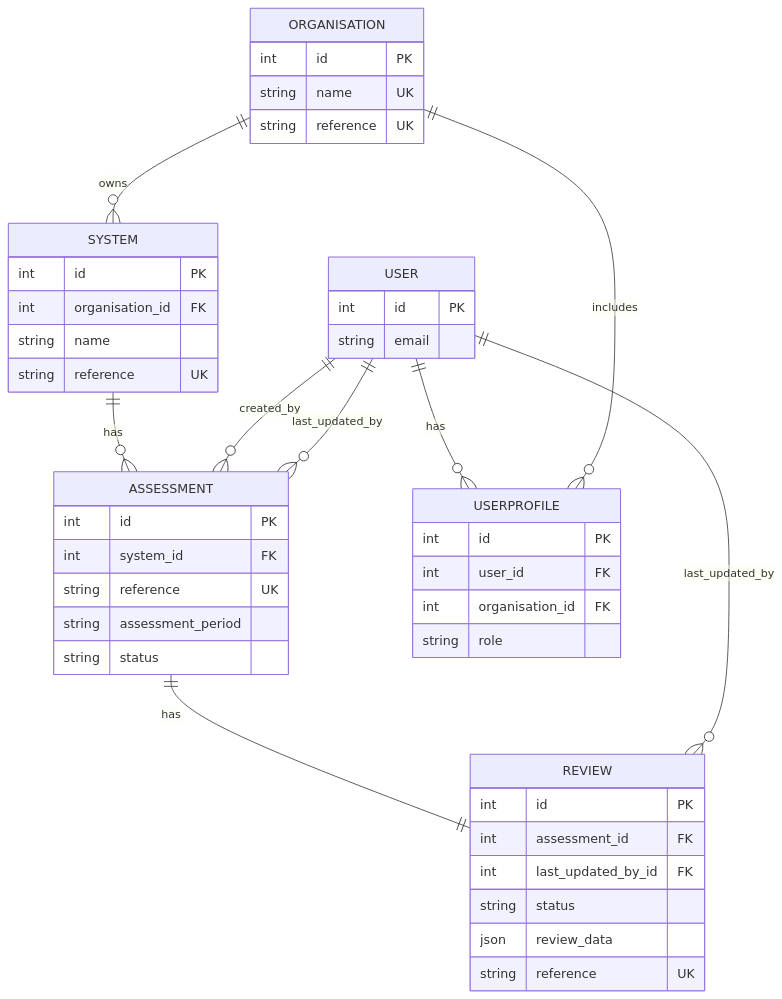
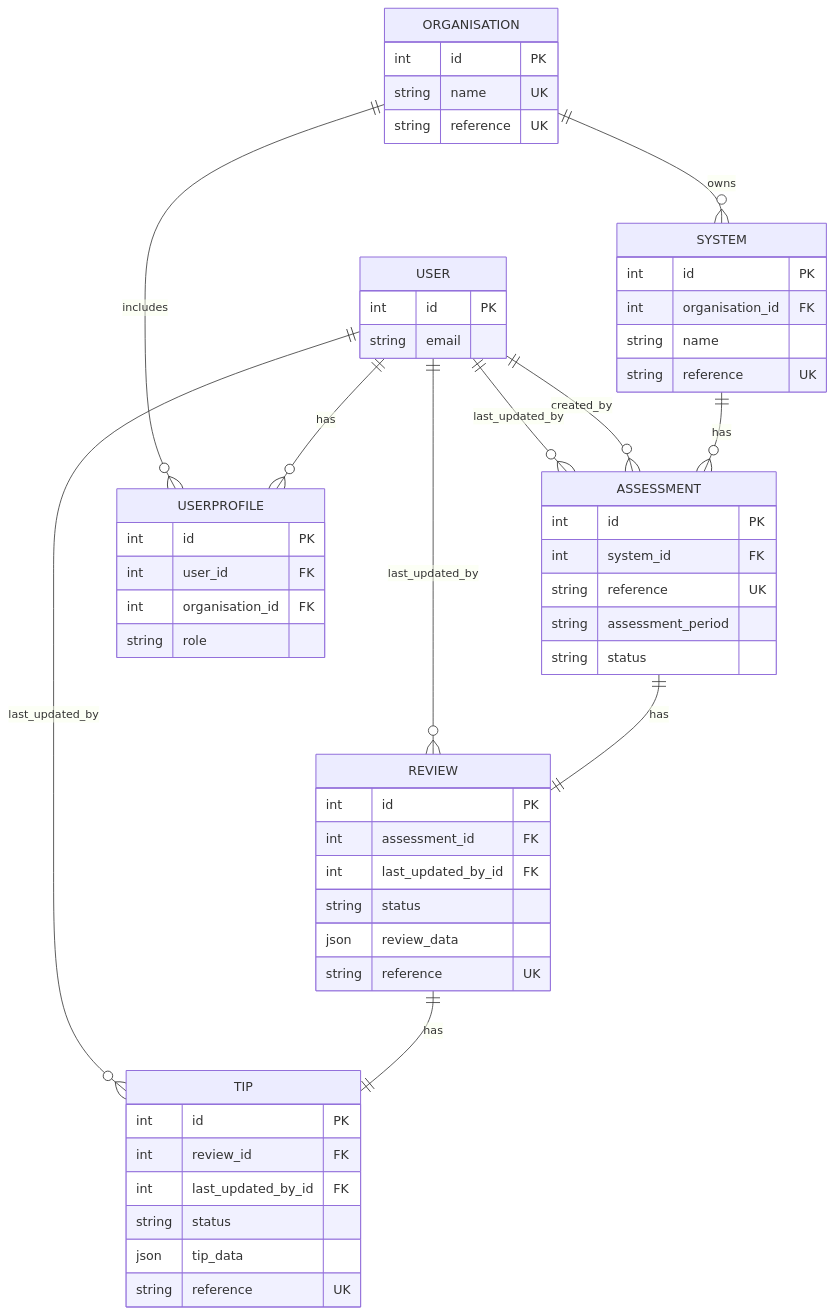
The second of 2 diagrams in docs/DESIGN_DIAGRAM.md (co-cddo/domains-webcaf), drawn with Mermaid before and after one commit. The commit also changed other lines of this file and 1 other file, not shown here.

````diff
--- a/docs/DESIGN_DIAGRAM.md
+++ b/docs/DESIGN_DIAGRAM.md
@@ -88,53 +101,64 @@
 ```mermaid
 erDiagram
   ORGANISATION ||--o{ SYSTEM : owns
   SYSTEM ||--o{ ASSESSMENT : has
   ASSESSMENT ||--|| REVIEW : has
+  REVIEW ||--|| TIP : has
   USER ||--o{ USERPROFILE : has
   ORGANISATION ||--o{ USERPROFILE : includes
   USER ||--o{ ASSESSMENT : created_by
   USER ||--o{ ASSESSMENT : last_updated_by
   USER ||--o{ REVIEW : last_updated_by
+  USER ||--o{ TIP : last_updated_by
 
   ORGANISATION {
     int id PK
     string name UK
     string reference UK
   }
 
   SYSTEM {
     int id PK
     int organisation_id FK
     string name
     string reference UK
   }
 
   ASSESSMENT {
     int id PK
     int system_id FK
     string reference UK
     string assessment_period
     string status
   }
 
   REVIEW {
     int id PK
     int assessment_id FK
     int last_updated_by_id FK
     string status
     json review_data
     string reference UK
   }
 
+  TIP {
+    int id PK
+    int review_id FK
+    int last_updated_by_id FK
+    string status
+    json tip_data
+    string reference UK
+  }
+
   USER {
     int id PK
     string email
   }
 
   USERPROFILE {
     int id PK
     int user_id FK
     int organisation_id FK
     string role
   }
 ```
````
